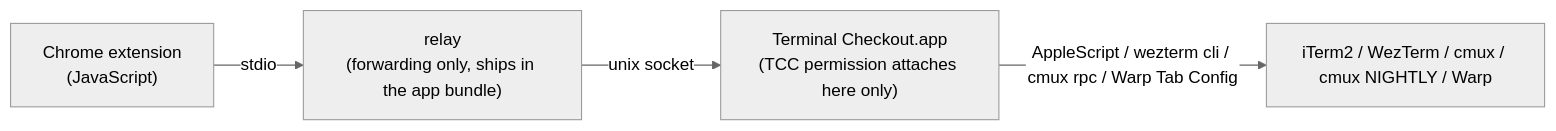
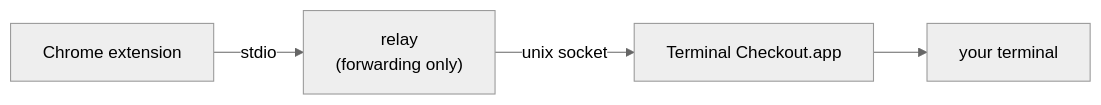
One commit to dazebug/terminal-checkout changed the diagram in README.md. Above: the diagram before and after it, drawn with Mermaid (neutral theme). The commit also changed other lines of this file and 6 other files, not shown here.

````diff
--- a/README.md
+++ b/README.md
@@ -24,6 +320,6 @@
 ```mermaid
 flowchart LR
-    EXT["Chrome extension<br>(JavaScript)"] -->|stdio| RELAY["relay<br>(forwarding only, ships in the app bundle)"]
-    RELAY -->|unix socket| APP["Terminal Checkout.app<br>(TCC permission attaches here only)"]
-    APP -->|"AppleScript / wezterm cli / cmux rpc / Warp Tab Config"| TERM["iTerm2 / WezTerm / cmux / cmux NIGHTLY / Warp"]
+    EXT["Chrome extension"] -->|stdio| RELAY["relay<br>(forwarding only)"]
+    RELAY -->|unix socket| APP["Terminal Checkout.app"]
+    APP --> TERM["your terminal"]
 ```
````
